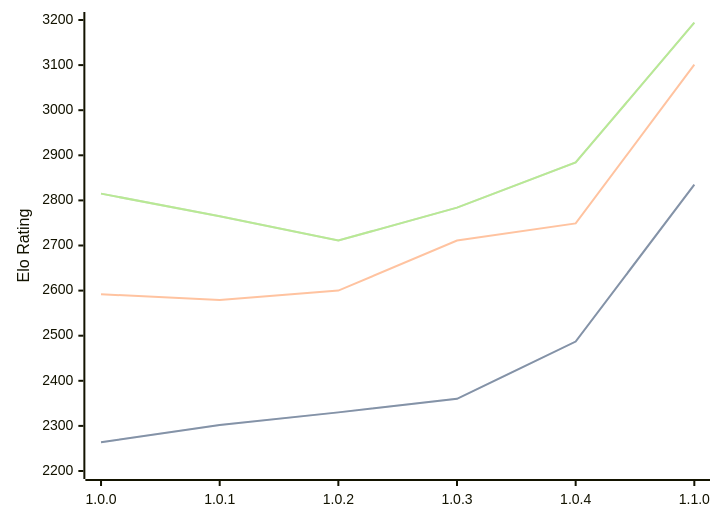
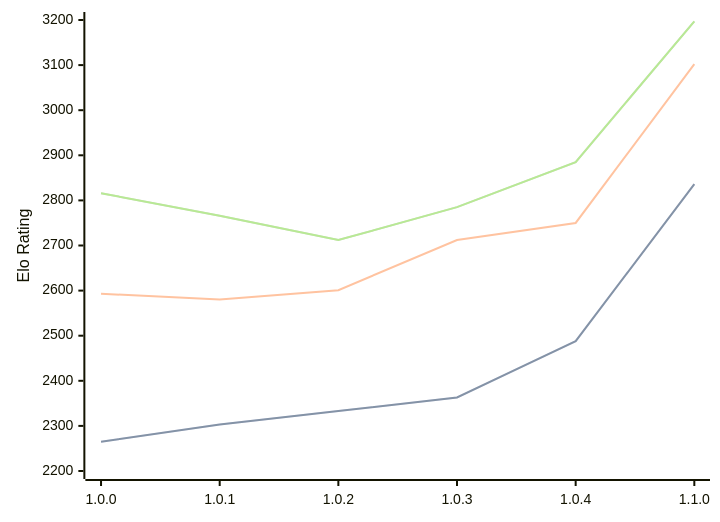
One commit to computer-chess-index/cci changed the diagram in engines/Grail.md. Above: the diagram before and after it, drawn with Mermaid. The commit also changed other lines of this file, not shown here.

Commit message:
Update CCI Ratings (ELO VLTC) - 2026-03-29

````diff
--- a/engines/Grail.md
+++ b/engines/Grail.md
@@ -36,11 +36,11 @@
 ```mermaid
 %%{init: {"theme":"base","themeVariables":{"seriesColors:['#a3a3a3','#222221','#faa371']}}}%%
 xychart-beta
   x-axis ["1.0.0", "1.0.1", "1.0.2", "1.0.3", "1.0.4", "1.1.0"]
   y-axis "Elo Rating" 2200 --> 3200
-  line "STC (8.0+0.08s)" [2264, 2302, 2330, 2360, 2487, 2835]
-  line "STC (8.0+0.08s)" [2264, 2302, 2330, 2360, 2487, 2835]
-  line "LTC (60.0+0.60s)" [2592, 2579, 2600, 2711, 2749, 3101]
-  line "VLTC (2m24s+1.12s)" [2815, 2765, 2711, 2784, 2884, 3194]
-  line "VLTC (2m24s+1.12s)" [2815, 2765, 2711, 2784, 2884, 3194]
+  line "STC (8.0+0.08s)" [2265, 2303, 2333, 2363, 2488, 2836]
+  line "STC (8.0+0.08s)" [2265, 2303, 2333, 2363, 2488, 2836]
+  line "LTC (60.0+0.60s)" [2593, 2580, 2601, 2712, 2750, 3102]
+  line "VLTC (2m24s+1.12s)" [2816, 2766, 2712, 2785, 2885, 3197]
+  line "VLTC (2m24s+1.12s)" [2816, 2766, 2712, 2785, 2885, 3197]
 ```
````
